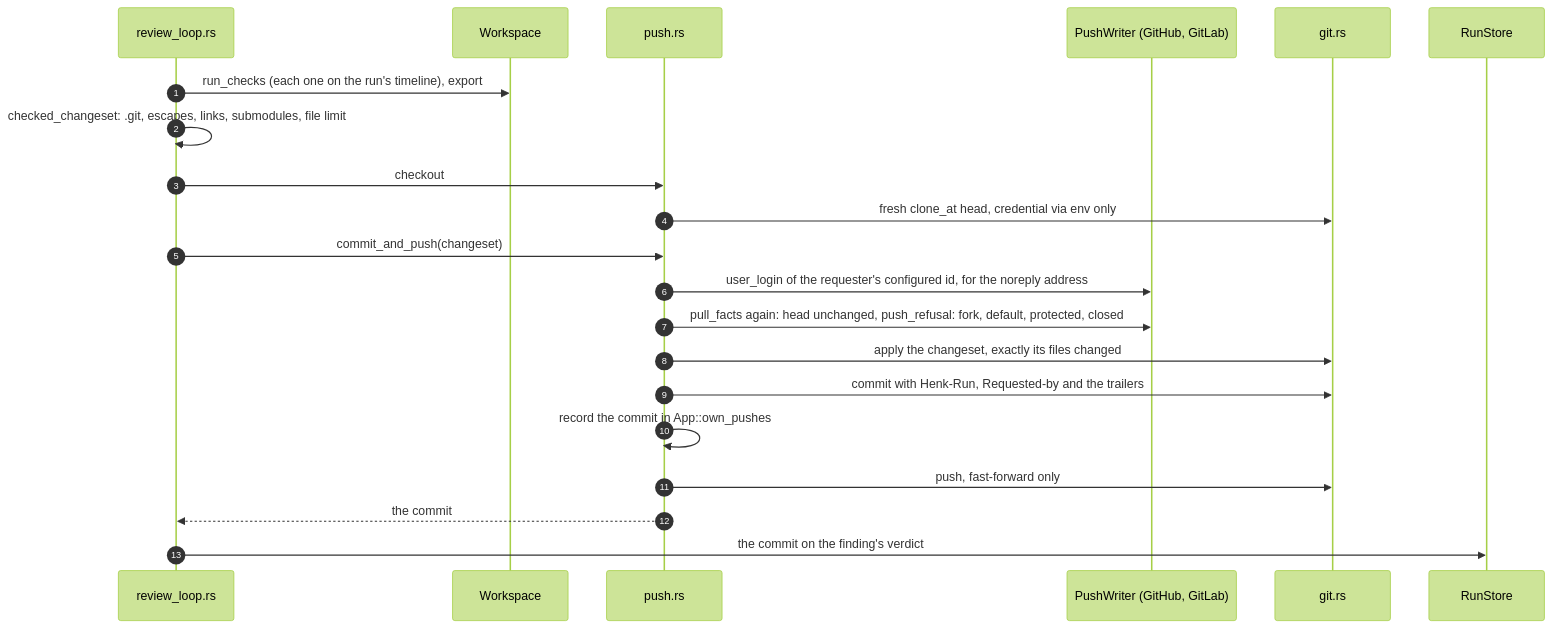
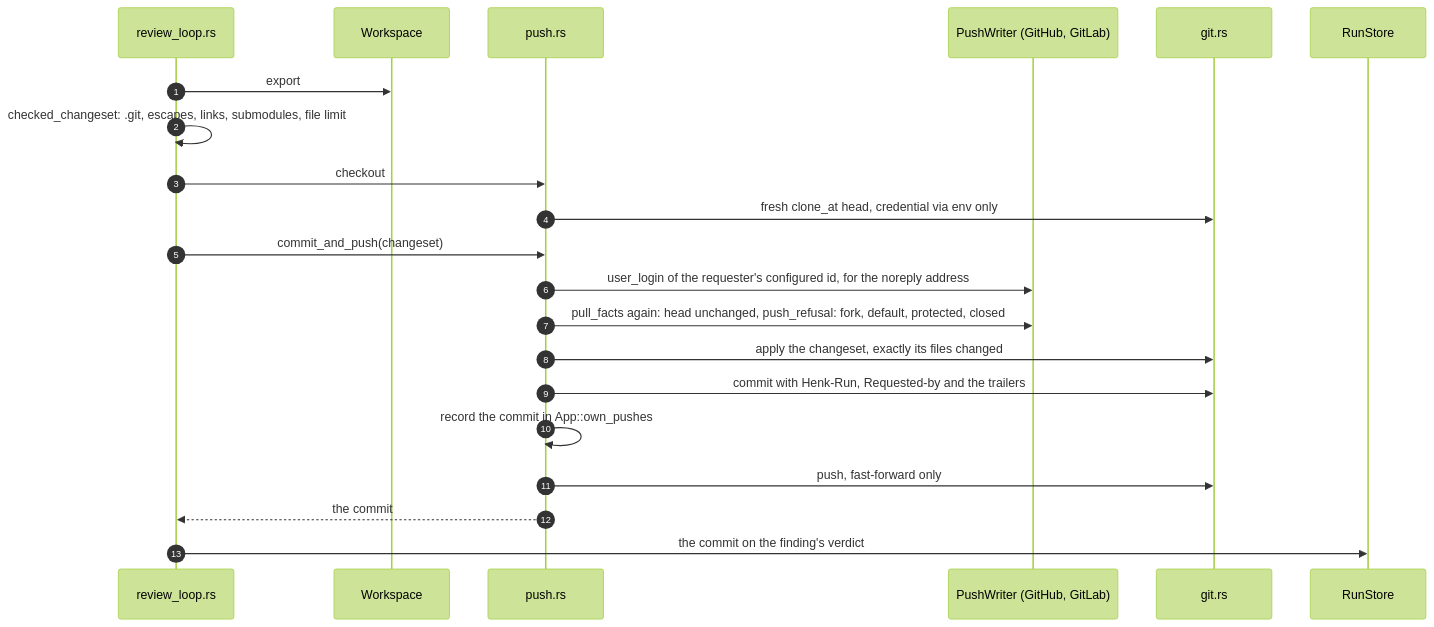
Before and after one commit to StephanMeijer/meneerhenk: the fourth of 12 diagrams in ARCHITECTURE.md, drawn with Mermaid (forest theme). The commit also changed other lines of this file and 22 other files, not shown here.

First line of the commit message:
feat(executor)!: the executor runs each repository's own checks; run_checks and check_commands are removed

````diff
--- a/ARCHITECTURE.md
+++ b/ARCHITECTURE.md
@@ -344,24 +345,24 @@
 ```mermaid
 sequenceDiagram
     autonumber
     participant L as review_loop.rs
     participant K as Workspace
     participant P as push.rs
     participant W as PushWriter (GitHub, GitLab)
     participant G as git.rs
     participant DB as RunStore
 
-    L->>K: run_checks (each one on the run's timeline), export
+    L->>K: export
     L->>L: checked_changeset: .git, escapes, links, submodules, file limit
     L->>P: checkout
     P->>G: fresh clone_at head, credential via env only
     L->>P: commit_and_push(changeset)
     P->>W: user_login of the requester's configured id, for the noreply address
     P->>W: pull_facts again: head unchanged, push_refusal: fork, default, protected, closed
     P->>G: apply the changeset, exactly its files changed
     P->>G: commit with Henk-Run, Requested-by and the trailers
     P->>P: record the commit in App::own_pushes
     P->>G: push, fast-forward only
     P-->>L: the commit
     L->>DB: the commit on the finding's verdict
 ```
````
